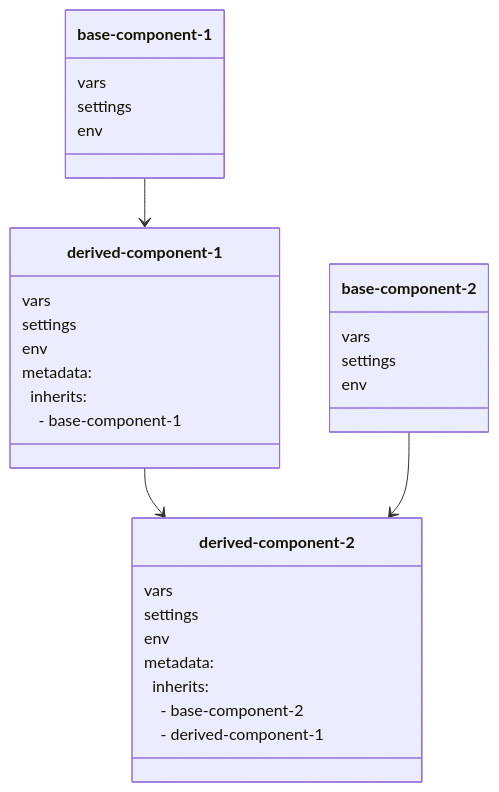
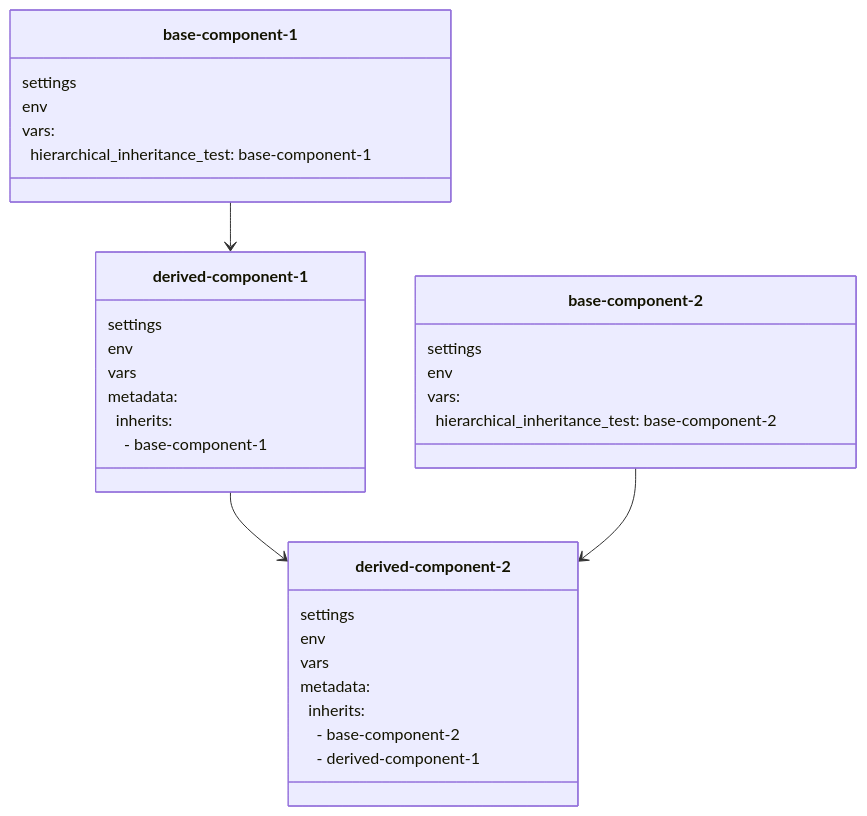
One commit to cloudposse/atmos changed the fifth of 5 diagrams in website/docs/core-concepts/components/component-inheritance.md. Above: the diagram before and after it, drawn with Mermaid. The commit also changed other lines of this file and 1 other file, not shown here.

````diff
--- a/website/docs/core-concepts/components/component-inheritance.md
+++ b/website/docs/core-concepts/components/component-inheritance.md
@@ -537,31 +537,35 @@
 ```mermaid
 classDiagram
       `base-component-1` --> `derived-component-1`
-      `base-component-1` : vars
-      `base-component-1` : settings
-      `base-component-1` : env
       `derived-component-1` --> `derived-component-2`
       `base-component-2` --> `derived-component-2`
-      class `derived-component-1` {
-          vars
+      class `base-component-1` {
           settings
           env
+          vars:
+          &nbsp;&nbsp;hierarchical_inheritance_test: base-component-1
+      }
+      class `base-component-2` {
+          settings
+          env
+          vars:
+          &nbsp;&nbsp;hierarchical_inheritance_test: base-component-2
+      }
+      class `derived-component-1` {
+          settings
+          env
+          vars
           metadata:
           &nbsp;&nbsp;inherits:
           &nbsp;&nbsp;&nbsp;&nbsp;- base-component-1&nbsp;&nbsp;
       }
       class `derived-component-2` {
-          vars
           settings
           env
+          vars
           metadata:
           &nbsp;&nbsp;inherits:
           &nbsp;&nbsp;&nbsp;&nbsp;- base-component-2&nbsp;&nbsp;
           &nbsp;&nbsp;&nbsp;&nbsp;- derived-component-1&nbsp;&nbsp;
       }
-      class `base-component-2` {
-          vars
-          settings
-          env
-      }
 ```
````
